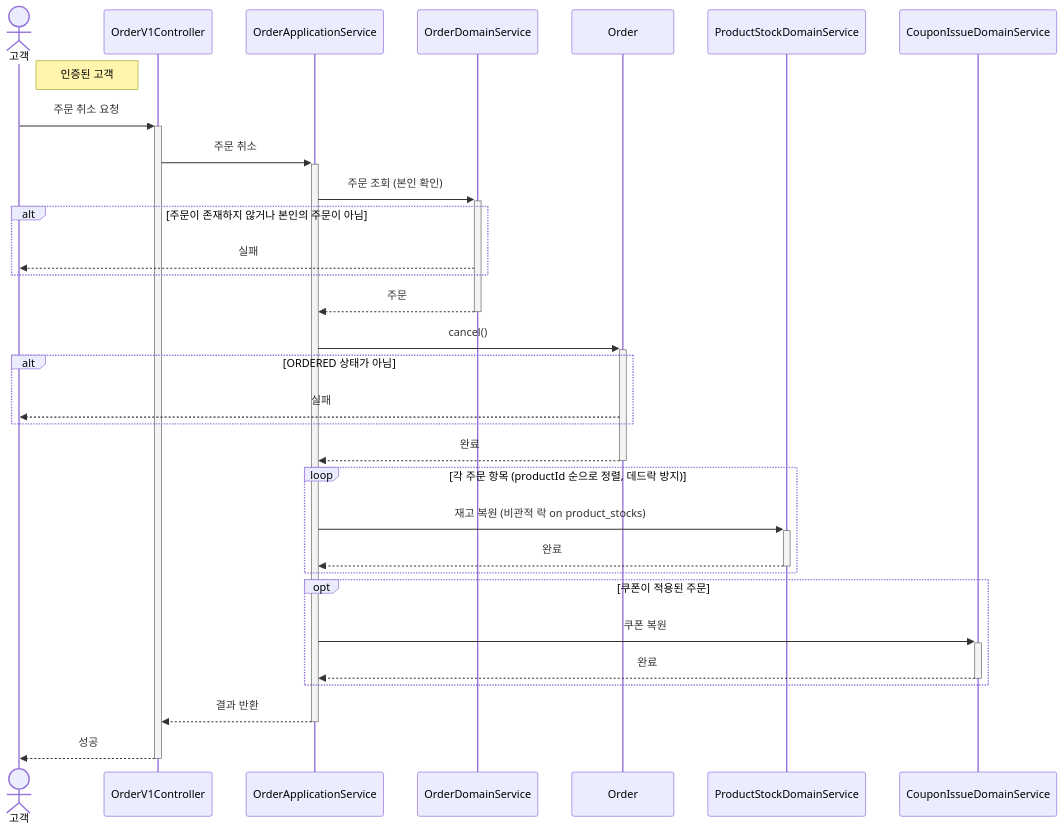
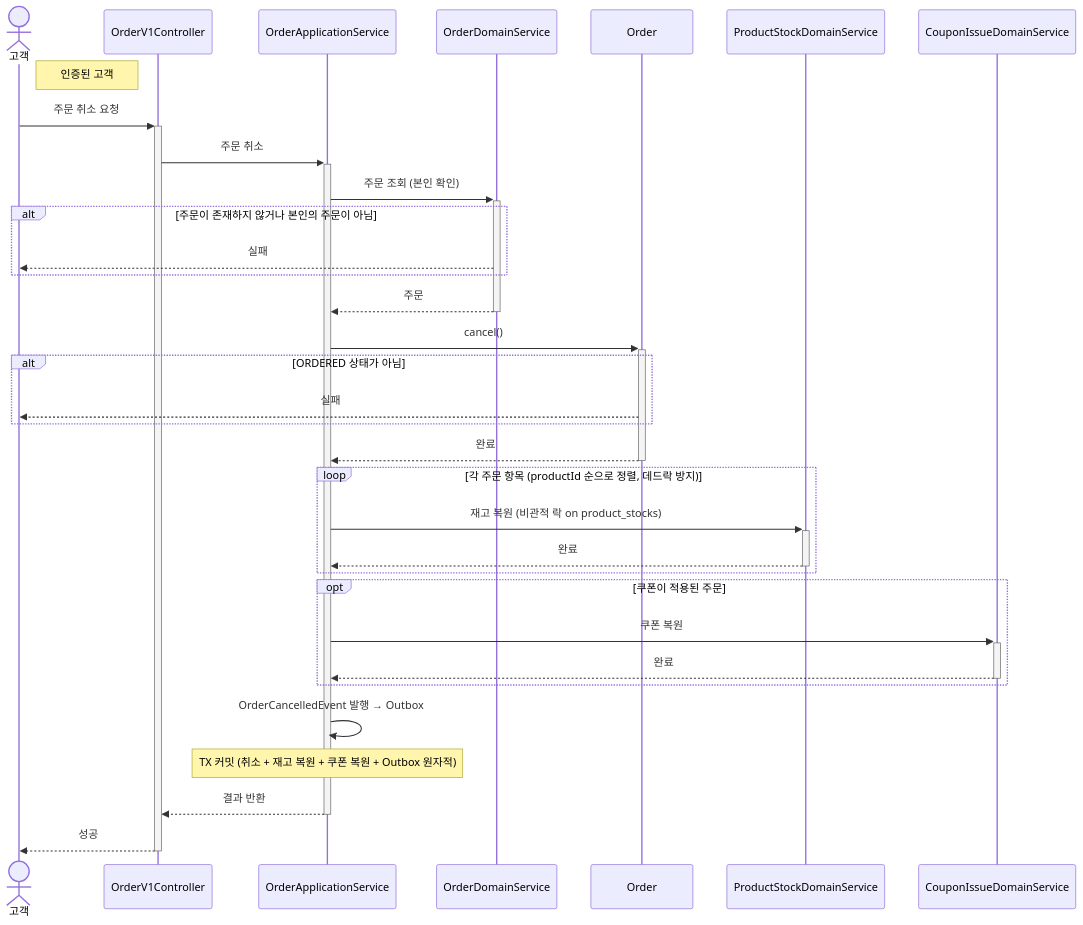
The ninth of 9 diagrams in .docs/02-sequence-diagrams.md (Loopers-dev-lab/loop-pack-be-l2-vol3-java), drawn with Mermaid before and after one commit. The commit also changed other lines of this file and 3 other files, not shown here.

````diff
--- a/.docs/02-sequence-diagrams.md
+++ b/.docs/02-sequence-diagrams.md
@@ -367,40 +560,44 @@
 ```mermaid
 sequenceDiagram
     actor 고객
     participant OrderV1Controller
     participant OrderApplicationService
     participant OrderDomainService
     participant Order
     participant ProductStockDomainService
     participant CouponIssueDomainService
 
     Note right of 고객: 인증된 고객
 
     고객->>+OrderV1Controller: 주문 취소 요청
     OrderV1Controller->>+OrderApplicationService: 주문 취소
 
     OrderApplicationService->>+OrderDomainService: 주문 조회 (본인 확인)
     alt 주문이 존재하지 않거나 본인의 주문이 아님
         OrderDomainService-->>고객: 실패
     end
     OrderDomainService-->>-OrderApplicationService: 주문
 
     OrderApplicationService->>+Order: cancel()
     alt ORDERED 상태가 아님
         Order-->>고객: 실패
     end
     Order-->>-OrderApplicationService: 완료
 
     loop 각 주문 항목 (productId 순으로 정렬, 데드락 방지)
         OrderApplicationService->>+ProductStockDomainService: 재고 복원 (비관적 락 on product_stocks)
         ProductStockDomainService-->>-OrderApplicationService: 완료
     end
 
     opt 쿠폰이 적용된 주문
         OrderApplicationService->>+CouponIssueDomainService: 쿠폰 복원
         CouponIssueDomainService-->>-OrderApplicationService: 완료
     end
 
+    OrderApplicationService->>OrderApplicationService: OrderCancelledEvent 발행 → Outbox
+
+    Note over OrderApplicationService: TX 커밋 (취소 + 재고 복원 + 쿠폰 복원 + Outbox 원자적)
+
     OrderApplicationService-->>-OrderV1Controller: 결과 반환
     OrderV1Controller-->>-고객: 성공
 ```
````
